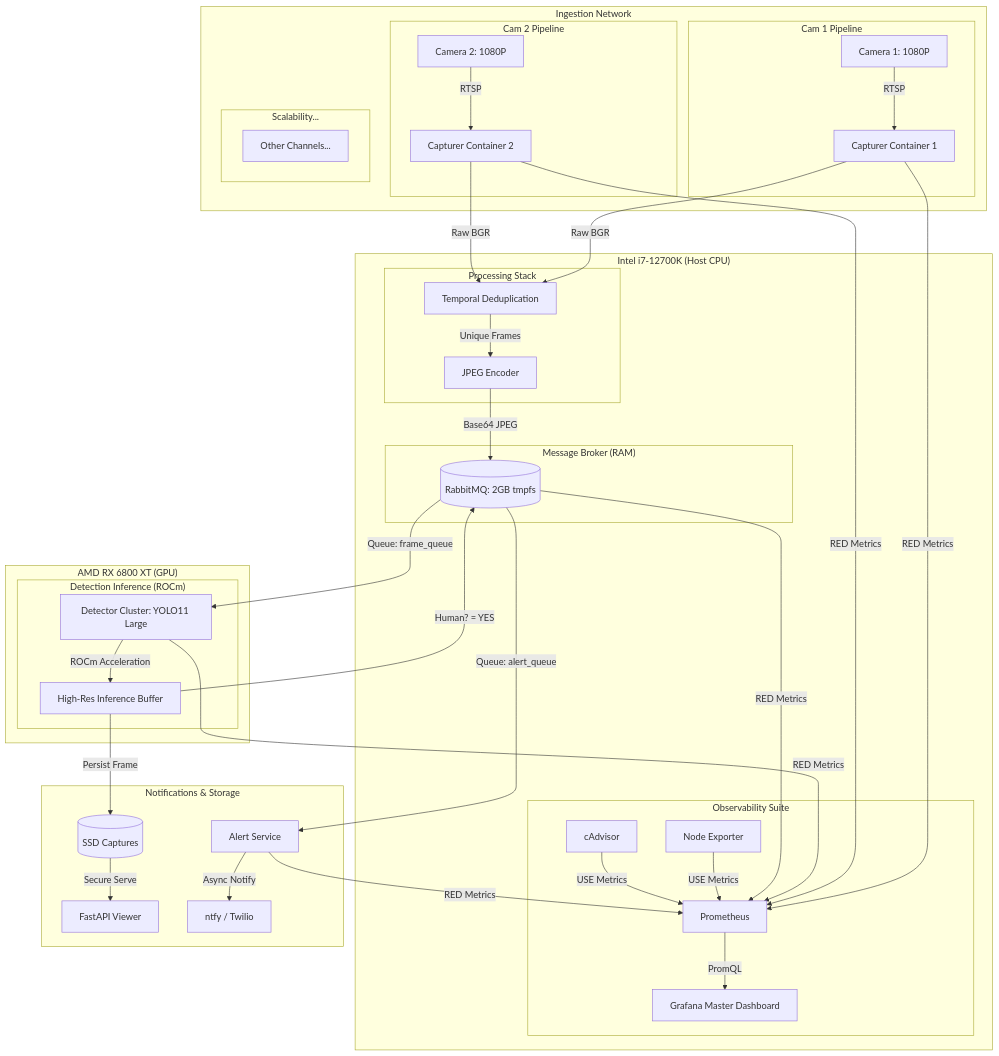
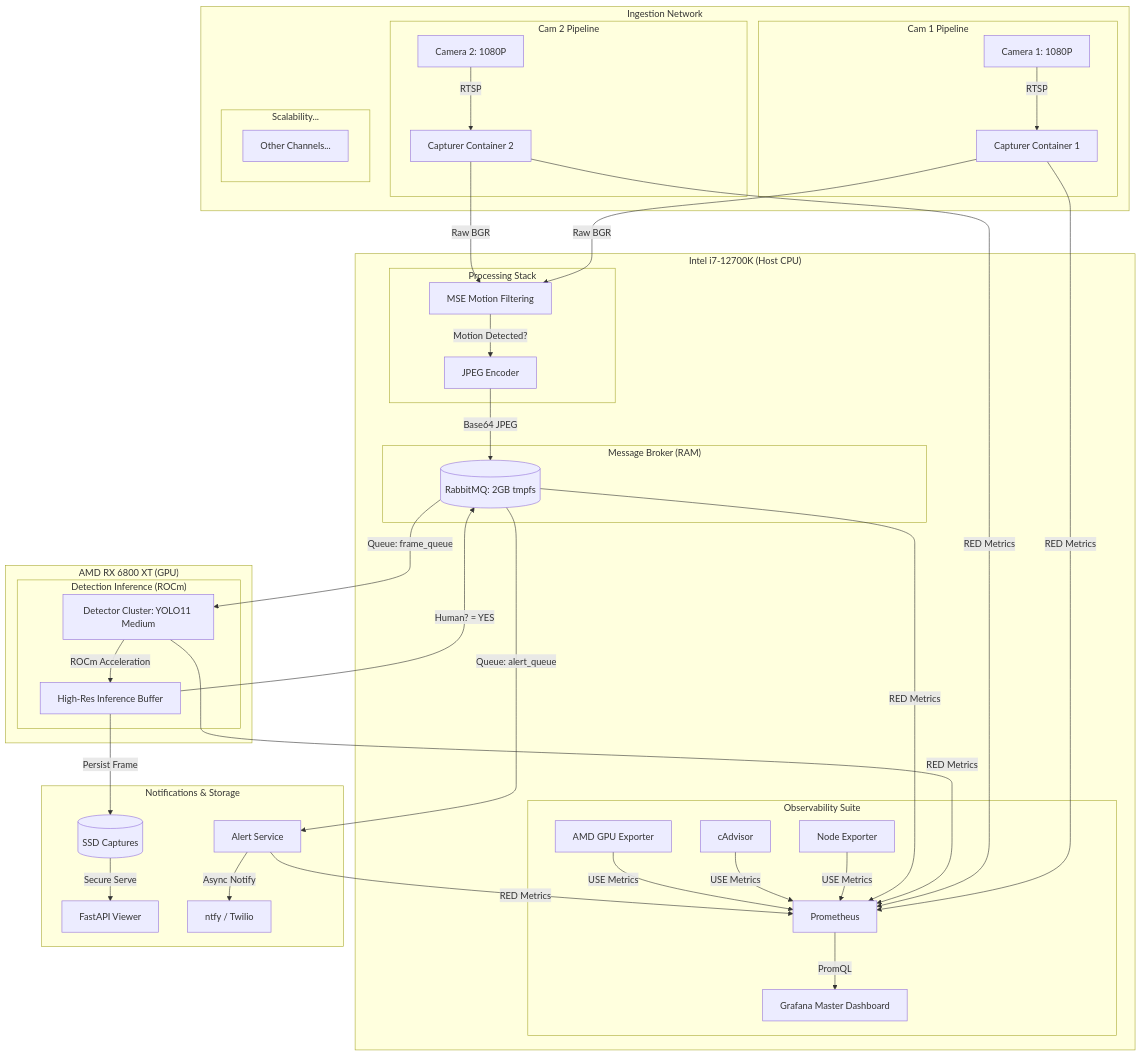
One commit to Tahsib/IntruderWatch changed the diagram in README.md. Above: the diagram before and after it, drawn with Mermaid. The commit also changed other lines of this file and 1 other file, not shown here.

Commit message:
docs: update architecture and readme to reflect thermal optimizations

````diff
--- a/README.md
+++ b/README.md
@@ -9,68 +9,69 @@
 ```mermaid
 graph TD
     subgraph "Ingestion Network"
         subgraph "Cam 1 Pipeline"
             C1[Camera 1: 1080P]
             FC1[Capturer Container 1]
         end
         subgraph "Cam 2 Pipeline"
             C2[Camera 2: 1080P]
             FC2[Capturer Container 2]
         end
         subgraph "Scalability..."
             CX[Other Channels...]
         end
     end
 
     subgraph "Intel i7-12700K (Host CPU)"
         subgraph "Processing Stack"
-            HASH[Temporal Deduplication]
+            MSE[MSE Motion Filtering]
             ENC[JPEG Encoder]
         end
 
         subgraph "Message Broker (RAM)"
             RMQ[(RabbitMQ: 2GB tmpfs)]
         end
 
         subgraph "Observability Suite"
             PROM[Prometheus]
             GRAF[Grafana Master Dashboard]
             CADV[cAdvisor]
             NODE[Node Exporter]
+            GPU_EXP[AMD GPU Exporter]
         end
     end
 
     subgraph "AMD RX 6800 XT (GPU)"
         subgraph "Detection Inference (ROCm)"
-            DET[Detector Cluster: YOLO11 Large]
+            DET[Detector Cluster: YOLO11 Medium]
             BUF[High-Res Inference Buffer]
         end
     end
 
     subgraph "Notifications & Storage"
         ALRT[Alert Service]
         VIEW[FastAPI Viewer]
         NOTI[ntfy / Twilio]
         DISK[(SSD Captures)]
     end
 
     %% Traffic Flow
     C1 -- "RTSP" --> FC1
     C2 -- "RTSP" --> FC2
     
-    FC1 & FC2 -- "Raw BGR" --> HASH
-    HASH -- "Unique Frames" --> ENC
+    FC1 & FC2 -- "Raw BGR" --> MSE
+    MSE -- "Motion Detected?" --> ENC
     ENC -- "Base64 JPEG" --> RMQ
     RMQ -- "Queue: frame_queue" --> DET
     DET -- "ROCm Acceleration" --> BUF
     BUF -- "Human? = YES" --> RMQ
     RMQ -- "Queue: alert_queue" --> ALRT
     BUF -- "Persist Frame" --> DISK
     ALRT -- "Async Notify" --> NOTI
     DISK -- "Secure Serve" --> VIEW
     
     %% Monitoring Flow
     FC1 & FC2 & DET & ALRT & RMQ -- "RED Metrics" --> PROM
-    NODE & CADV -- "USE Metrics" --> PROM
+    NODE & CADV & GPU_EXP -- "USE Metrics" --> PROM
     PROM -- "PromQL" --> GRAF
 ```
````
